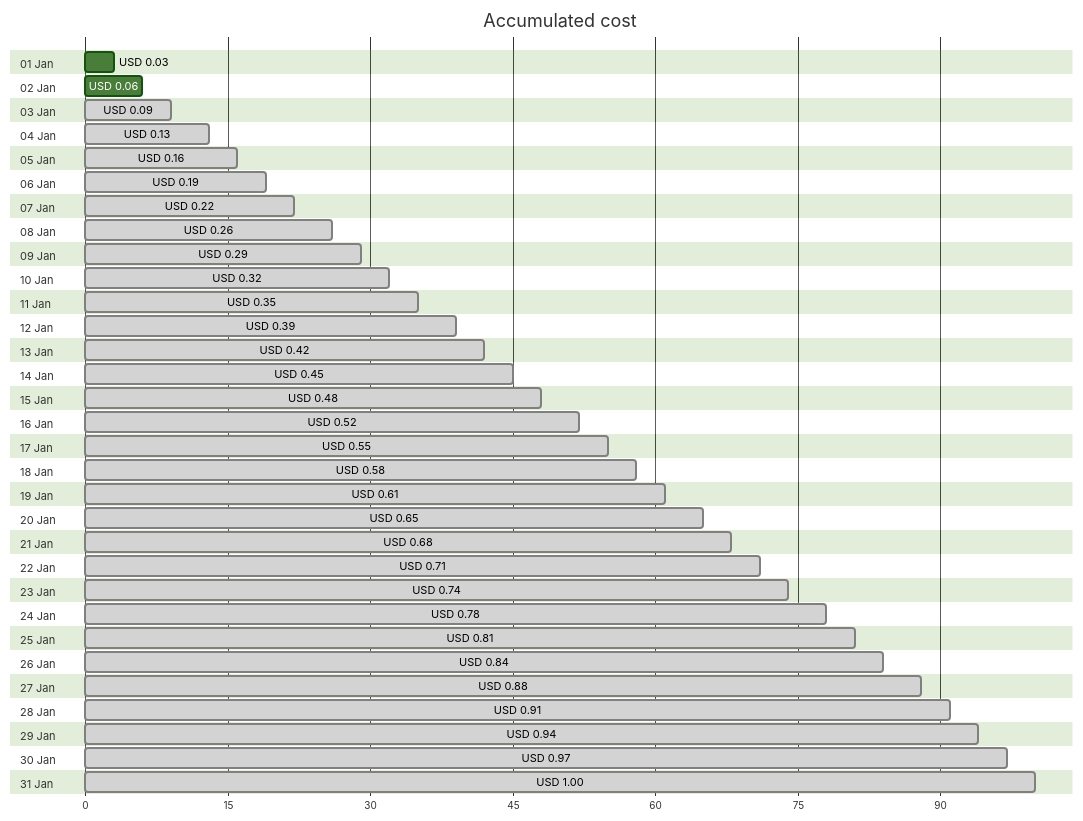
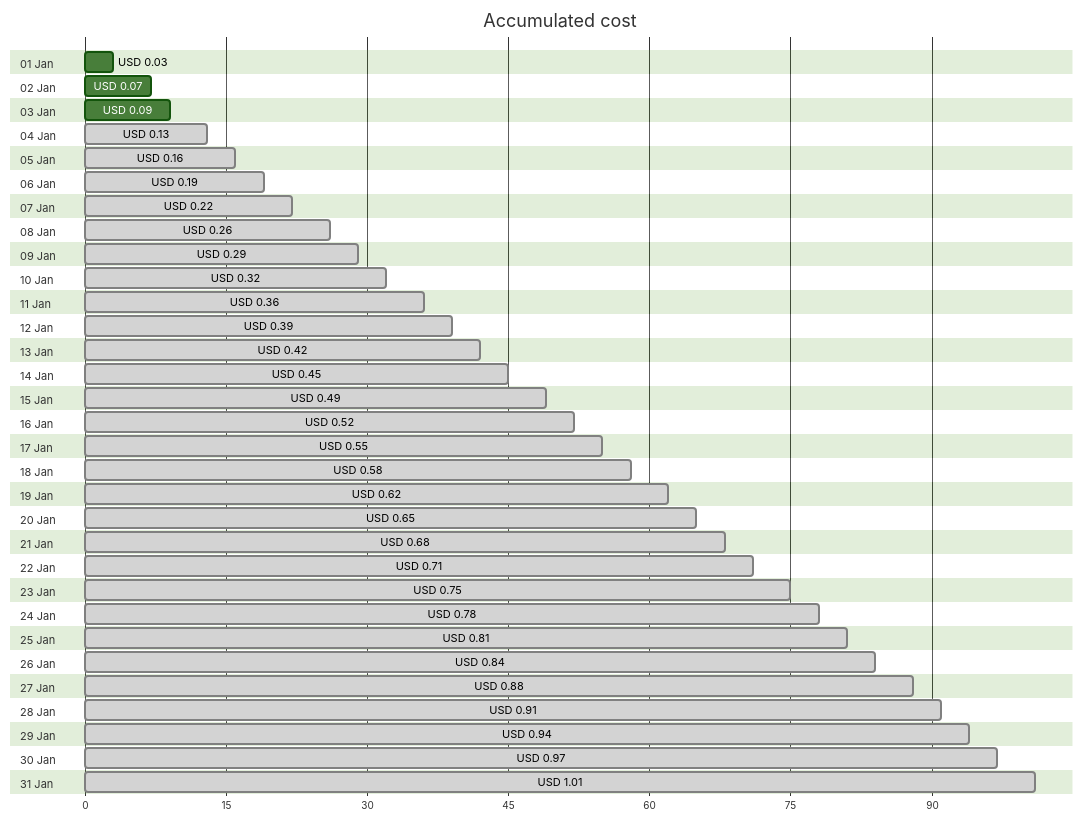
One commit to jpfulton/azure-personal-reports changed the first of 4 diagrams in cost-reports/personal-dns/README.md. Above: the diagram before and after it, drawn with Mermaid (forest theme). The commit also changed other lines of this file and 2 other files, not shown here.

````diff
--- a/cost-reports/personal-dns/README.md
+++ b/cost-reports/personal-dns/README.md
@@ -20,68 +20,68 @@
 ```mermaid
 gantt
    title Accumulated cost
    dateFormat  X
    axisFormat %s
    section 01 Jan
    USD 0.03 :0, 3
    section 02 Jan
-   USD 0.06 :0, 6
+   USD 0.07 :0, 7
    section 03 Jan
-   USD 0.09 : done, 0, 9
+   USD 0.09 :0, 9
    section 04 Jan
    USD 0.13 : done, 0, 13
    section 05 Jan
    USD 0.16 : done, 0, 16
    section 06 Jan
    USD 0.19 : done, 0, 19
    section 07 Jan
    USD 0.22 : done, 0, 22
    section 08 Jan
    USD 0.26 : done, 0, 26
    section 09 Jan
    USD 0.29 : done, 0, 29
    section 10 Jan
    USD 0.32 : done, 0, 32
    section 11 Jan
-   USD 0.35 : done, 0, 35
+   USD 0.36 : done, 0, 36
    section 12 Jan
    USD 0.39 : done, 0, 39
    section 13 Jan
    USD 0.42 : done, 0, 42
    section 14 Jan
    USD 0.45 : done, 0, 45
    section 15 Jan
-   USD 0.48 : done, 0, 48
+   USD 0.49 : done, 0, 49
    section 16 Jan
    USD 0.52 : done, 0, 52
    section 17 Jan
    USD 0.55 : done, 0, 55
    section 18 Jan
    USD 0.58 : done, 0, 58
    section 19 Jan
-   USD 0.61 : done, 0, 61
+   USD 0.62 : done, 0, 62
    section 20 Jan
    USD 0.65 : done, 0, 65
    section 21 Jan
    USD 0.68 : done, 0, 68
    section 22 Jan
    USD 0.71 : done, 0, 71
    section 23 Jan
-   USD 0.74 : done, 0, 74
+   USD 0.75 : done, 0, 75
    section 24 Jan
    USD 0.78 : done, 0, 78
    section 25 Jan
    USD 0.81 : done, 0, 81
    section 26 Jan
    USD 0.84 : done, 0, 84
    section 27 Jan
    USD 0.88 : done, 0, 88
    section 28 Jan
    USD 0.91 : done, 0, 91
    section 29 Jan
    USD 0.94 : done, 0, 94
    section 30 Jan
    USD 0.97 : done, 0, 97
    section 31 Jan
-   USD 1.00 : done, 0, 100
+   USD 1.01 : done, 0, 101
 ```
````
